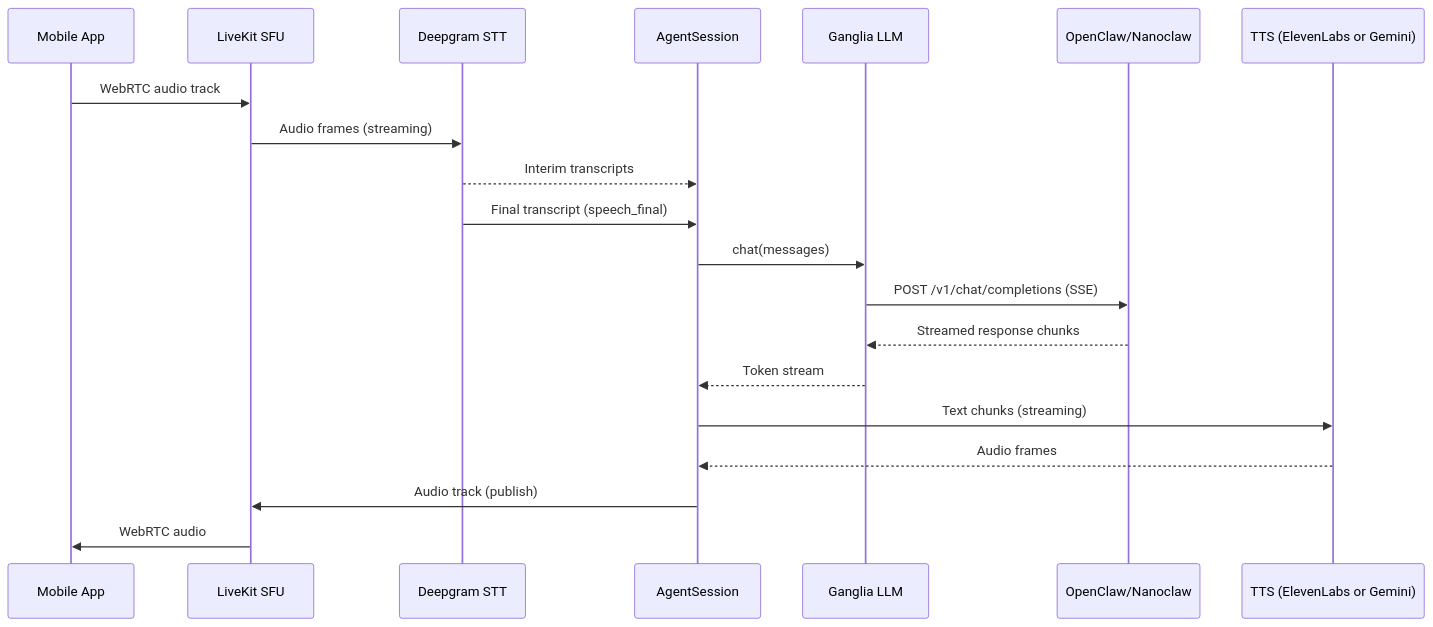
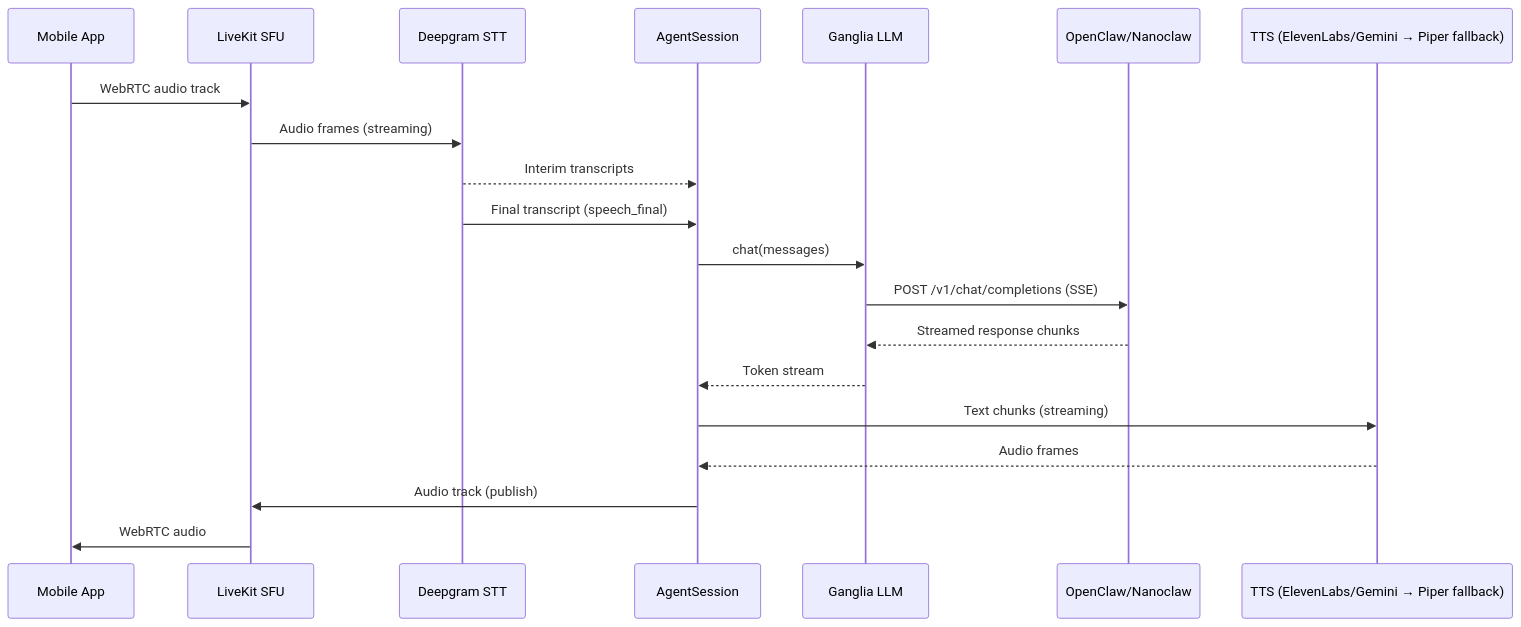
Before and after one commit to dremonkey/fletcher: the diagram in docs/architecture/voice-pipeline.md, drawn with Mermaid. The commit also changed other lines of this file and 1 other file, not shown here.

First line of the commit message:
docs(architecture): update voice-pipeline and infrastructure for Piper TTS fallback

````diff
--- a/docs/architecture/voice-pipeline.md
+++ b/docs/architecture/voice-pipeline.md
@@ -7,25 +7,25 @@
 ```mermaid
 sequenceDiagram
     participant Phone as Mobile App
     participant LK as LiveKit SFU
     participant STT as Deepgram STT
     participant Agent as AgentSession
     participant LLM as Ganglia LLM
     participant Brain as OpenClaw/Nanoclaw
-    participant TTS as TTS (ElevenLabs or Gemini)
+    participant TTS as TTS (ElevenLabs/Gemini → Piper fallback)
 
     Phone->>LK: WebRTC audio track
     LK->>STT: Audio frames (streaming)
     STT-->>Agent: Interim transcripts
     STT->>Agent: Final transcript (speech_final)
 
     Agent->>LLM: chat(messages)
     LLM->>Brain: POST /v1/chat/completions (SSE)
     Brain-->>LLM: Streamed response chunks
     LLM-->>Agent: Token stream
 
     Agent->>TTS: Text chunks (streaming)
     TTS-->>Agent: Audio frames
     Agent->>LK: Audio track (publish)
     LK->>Phone: WebRTC audio
 ```
````
